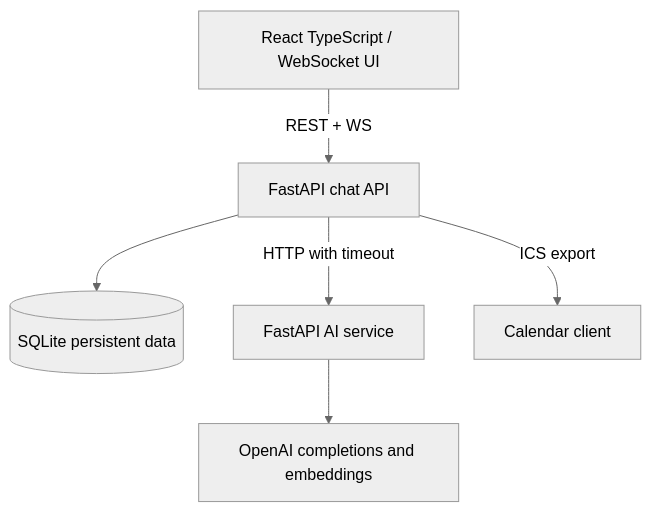
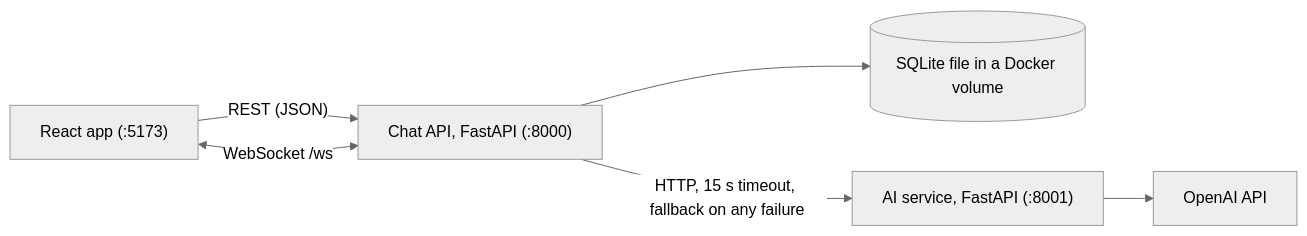
One commit to Prittstick22/ChatAI changed the first of 4 diagrams in docs/ARCHITECTURE.md. Above: the diagram before and after it, drawn with Mermaid (neutral theme). The commit also changed other lines of this file, not shown here.

First line of the commit message:
docs: architecture, privacy and scaling notes for the chat system

````diff
--- a/docs/ARCHITECTURE.md
+++ b/docs/ARCHITECTURE.md
@@ -5,8 +9,8 @@
 ```mermaid
-flowchart TD
-  UI[React TypeScript / WebSocket UI] -->|REST + WS| CHAT[FastAPI chat API]
-  CHAT --> DB[(SQLite persistent data)]
-  CHAT -->|HTTP with timeout| AI[FastAPI AI service]
-  AI --> OPENAI[OpenAI completions and embeddings]
-  CHAT -->|ICS export| CAL[Calendar client]
+flowchart LR
+  UI["React app (:5173)"] -- "REST (JSON)" --> CHAT
+  UI <-->|"WebSocket /ws"| CHAT
+  CHAT["Chat API, FastAPI (:8000)"] --> DB[("SQLite file in a Docker volume")]
+  CHAT -- "HTTP, 15 s timeout, fallback on any failure" --> AI["AI service, FastAPI (:8001)"]
+  AI --> OPENAI["OpenAI API"]
 ```
````
